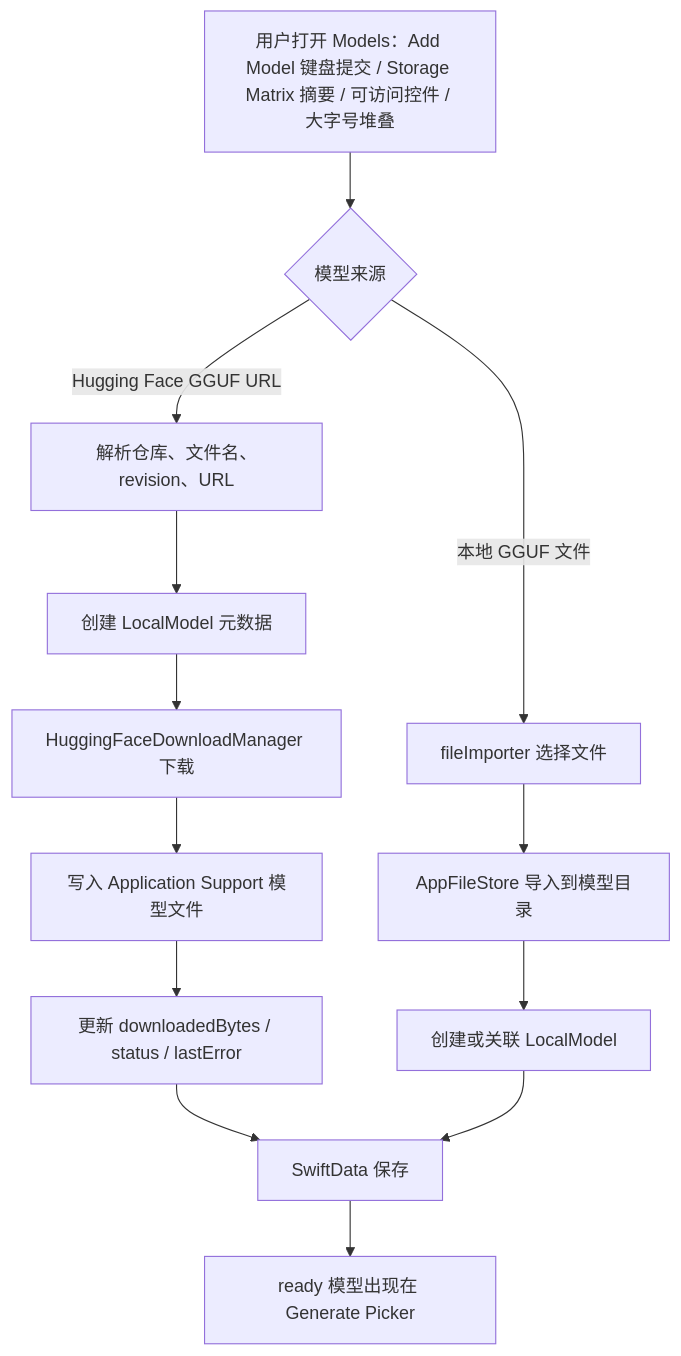
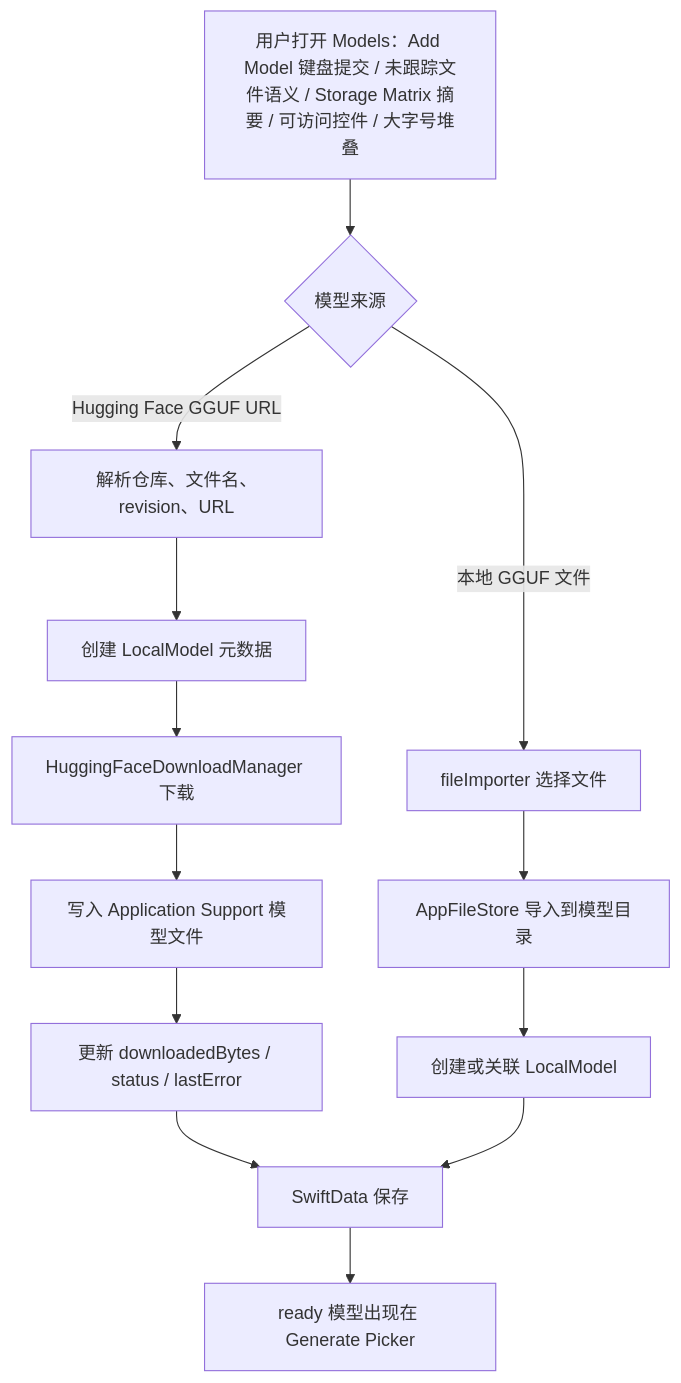
Before and after one commit to Altman-sam114/118: the third of 7 diagrams in md/flow/flowchart.md, drawn with Mermaid. The commit also changed other lines of this file and 5 other files, not shown here.

````diff
--- a/md/flow/flowchart.md
+++ b/md/flow/flowchart.md
@@ -66,15 +66,15 @@
 ```mermaid
 flowchart TD
-  A["用户打开 Models：Add Model 键盘提交 / Storage Matrix 摘要 / 可访问控件 / 大字号堆叠"] --> B{"模型来源"}
+  A["用户打开 Models：Add Model 键盘提交 / 未跟踪文件语义 / Storage Matrix 摘要 / 可访问控件 / 大字号堆叠"] --> B{"模型来源"}
   B -- "Hugging Face GGUF URL" --> C["解析仓库、文件名、revision、URL"]
   C --> D["创建 LocalModel 元数据"]
   D --> E["HuggingFaceDownloadManager 下载"]
   E --> F["写入 Application Support 模型文件"]
   F --> G["更新 downloadedBytes / status / lastError"]
   B -- "本地 GGUF 文件" --> H["fileImporter 选择文件"]
   H --> I["AppFileStore 导入到模型目录"]
   I --> J["创建或关联 LocalModel"]
   G --> K["SwiftData 保存"]
   J --> K
   K --> L["ready 模型出现在 Generate Picker"]
 ```
````
